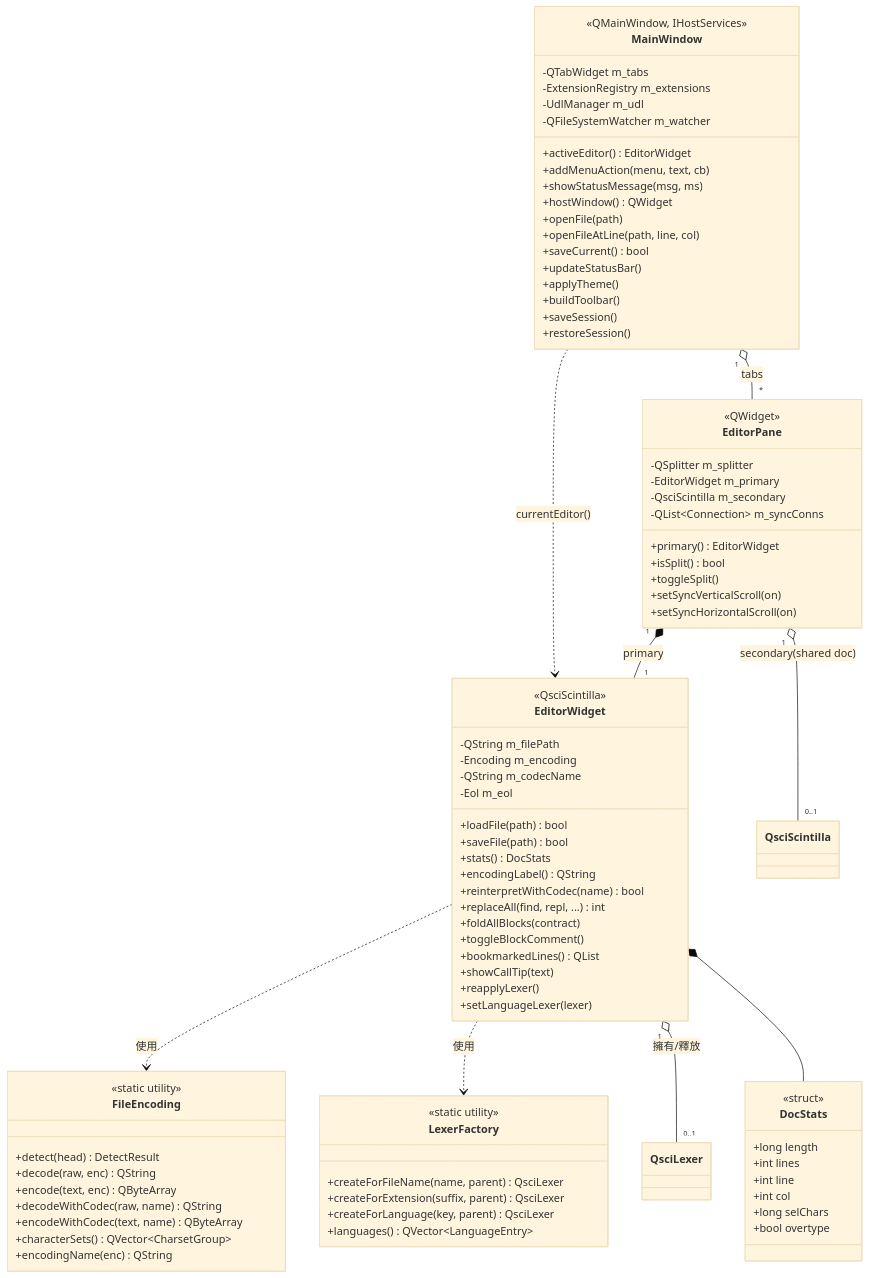
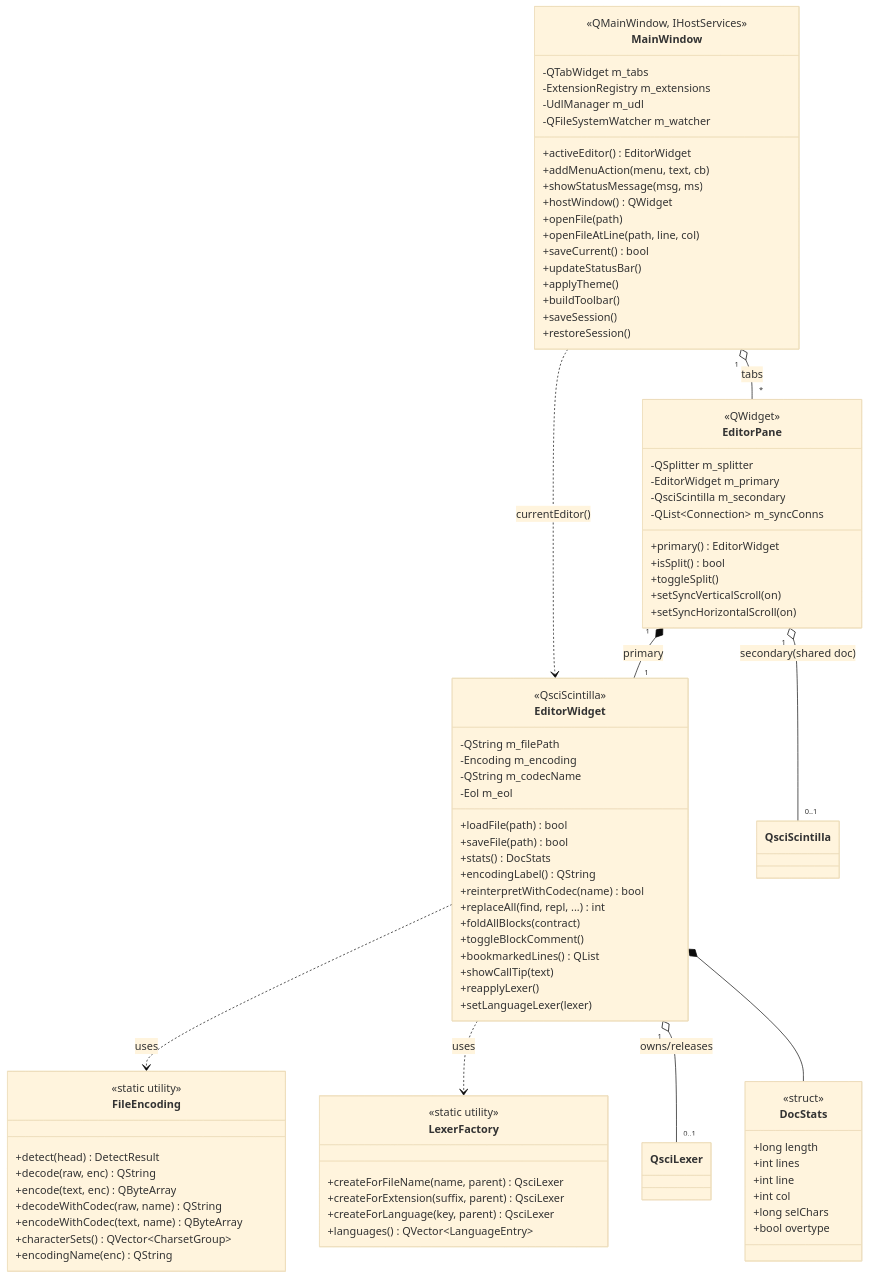
Before and after one commit to EddyKuo/macpadpp: the fifth of 23 diagrams in docs/design.md, drawn with Mermaid (base theme). The commit also changed other lines of this file and 24 other files, not shown here.

````diff
--- a/docs/design.md
+++ b/docs/design.md
@@ -303,9 +331,9 @@
     MainWindow "1" o-- "*" EditorPane : tabs
     EditorPane "1" *-- "1" EditorWidget : primary
     EditorPane "1" o-- "0..1" QsciScintilla : secondary(shared doc)
-    EditorWidget ..> FileEncoding : 使用
-    EditorWidget ..> LexerFactory : 使用
-    EditorWidget "1" o-- "0..1" QsciLexer : 擁有/釋放
+    EditorWidget ..> FileEncoding : uses
+    EditorWidget ..> LexerFactory : uses
+    EditorWidget "1" o-- "0..1" QsciLexer : owns/releases
     EditorWidget *-- DocStats
     MainWindow ..> EditorWidget : currentEditor()
 ```
````
